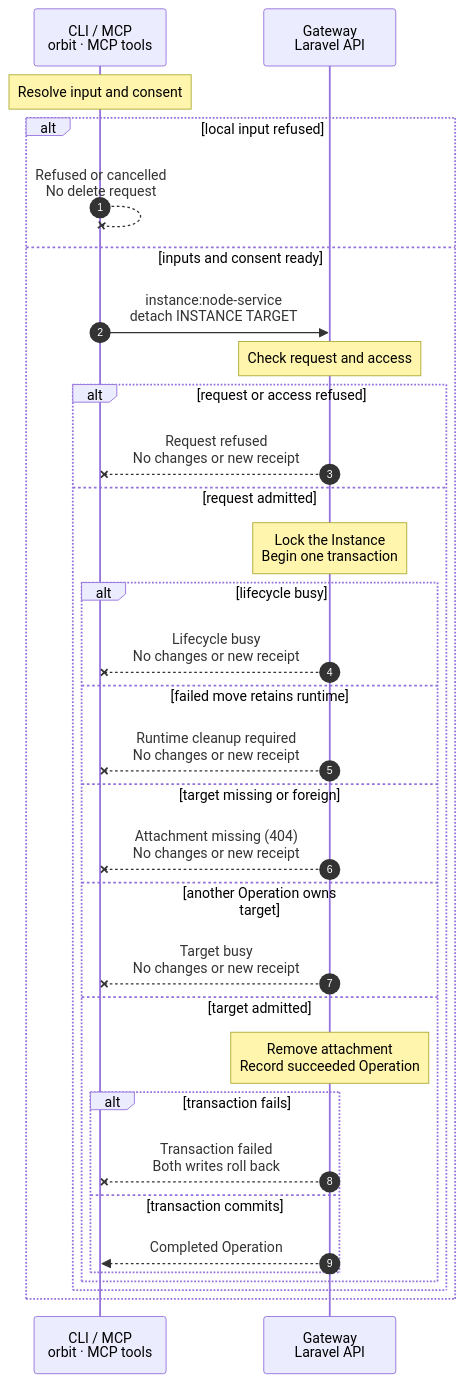
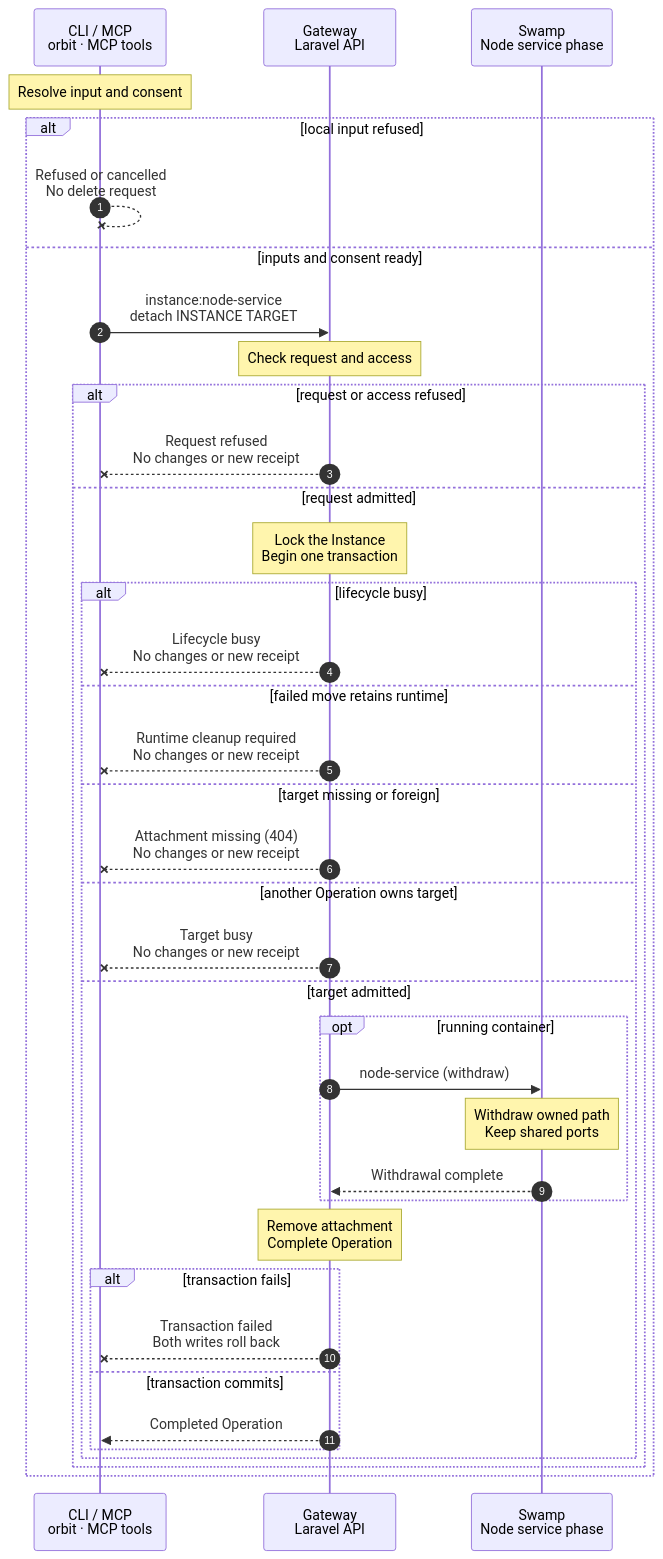
Before and after one commit to hardimpactdev/orbit: the diagram in docs/cli/instance/node-service-detach.mmd, drawn with Mermaid. The commit also changed 42 other files, not shown here.

First line of the commit message:
Connect attached Node services inside Instance containers (#3467)

```diff
--- a/docs/cli/instance/node-service-detach.mmd
+++ b/docs/cli/instance/node-service-detach.mmd
@@ -1,66 +1,74 @@
 sequenceDiagram
-  %% Record-only detach: the Gateway action and shared admission guards.
+  %% Withdraw container access before deleting the attachment.
   %% status: draft
   %% command: instance:node-service:detach
   %% kind: instance.node_service_detach
   autonumber
   %% lane CALL icon=terminal pill=caller tone=gray
   %% lane GW icon=gateway pill=intent tone=blue
   participant CALL as CLI / MCP<br/>orbit · MCP tools
   participant GW as Gateway<br/>Laravel API
+  participant SW as Swamp<br/>Node service phase
   Note over CALL: Resolve input and consent
   %%> When:
   %%> - Omitted Instance and attachment IDs use registry choices. The attachment GET is scoped to the selected Instance and completes before consent.
   alt local input refused
     CALL--xCALL: Refused or cancelled<br/>No delete request
     %%> On failure:
     %%> - instance.id_invalid refuses an invalid supplied or missing noninteractive Instance ID, or an empty Instance list after the registry GET; no mutation request is sent.
     %%> - instance.node_service_target_id_invalid refuses an invalid supplied attachment ID, an omitted attachment ID in JSON or noninteractive mode, or an empty attachment list after its registry GET; no mutation request is sent.
     %%> - instance.node_service_confirmation_required refuses a JSON or noninteractive call without --yes.
     %%> - input.cancelled ends a cancelled terminal selection or confirmation, or declined consent, before mutation.
     %%> - State stays unchanged. Invalid supplied IDs, missing noninteractive IDs and missing noninteractive consent send no request. Terminal selection or confirmation cancellation can follow registry reads.
   else inputs and consent ready
     CALL->>GW: instance:node-service<br/>detach INSTANCE TARGET
     %%> Command:
     %%> - orbit instance:node-service:detach INSTANCE TARGET
     %%> - syntax: instance:node-service:detach
     Note over GW: Check request and access
     %%> On failure:
     %%> - peer.identity_unknown or node_access.required (403): the caller lacks authority.
     %%> - http.404 (404): the Instance cannot be resolved.
     %%> - validation.failed (422) or operation.idempotency_conflict (409): the request key is invalid or conflicts.
     %%> - Every refusal leaves state unchanged and creates no new receipt.
     alt request or access refused
       GW--xCALL: Request refused<br/>No changes or new receipt
     else request admitted
       Note over GW: Lock the Instance<br/>Begin one transaction
       alt lifecycle busy
         GW--xCALL: Lifecycle busy<br/>No changes or new receipt
         %%> On failure:
         %%> - instance.lifecycle_busy (409): the Instance is not active, migration is running or a detach is already running.
       else failed move retains runtime
         GW--xCALL: Runtime cleanup required<br/>No changes or new receipt
         %%> On failure:
         %%> - instance.node_service_runtime_cleanup_required (409): retry instance:migrate to finish or restore the move before detaching.
       else target missing or foreign
         GW--xCALL: Attachment missing (404)<br/>No changes or new receipt
         %%> On failure:
         %%> - instance.node_service_target_missing: the attachment must belong to the selected Instance.
       else another Operation owns target
         GW--xCALL: Target busy<br/>No changes or new receipt
         %%> On failure:
         %%> - operation.target_busy (409): the Instance's Operation lock is held.
       else target admitted
-        Note over GW: Remove attachment<br/>Record succeeded Operation
+        opt running container
+          GW->>SW: node-service (withdraw)
+          Note over SW: Withdraw owned path<br/>Keep shared ports
+          %%> On failure:
+          %%> - Keep the attachment; retry completes the withdrawal.
+          SW-->>GW: Withdrawal complete
+        end
+        Note over GW: Remove attachment<br/>Complete Operation
         %%> When:
-        %%> - The Instance uses its checkout or has completed migration successfully.
+        %%> - A checkout needs no Node work. A container keeps the record until withdrawal succeeds.
         alt transaction fails
           GW--xCALL: Transaction failed<br/>Both writes roll back
           %%> On failure:
           %%> - The attachment remains and no new receipt is persisted, including no failed receipt.
         else transaction commits
           GW-->>CALL: Completed Operation
         end
       end
     end
   end
```
